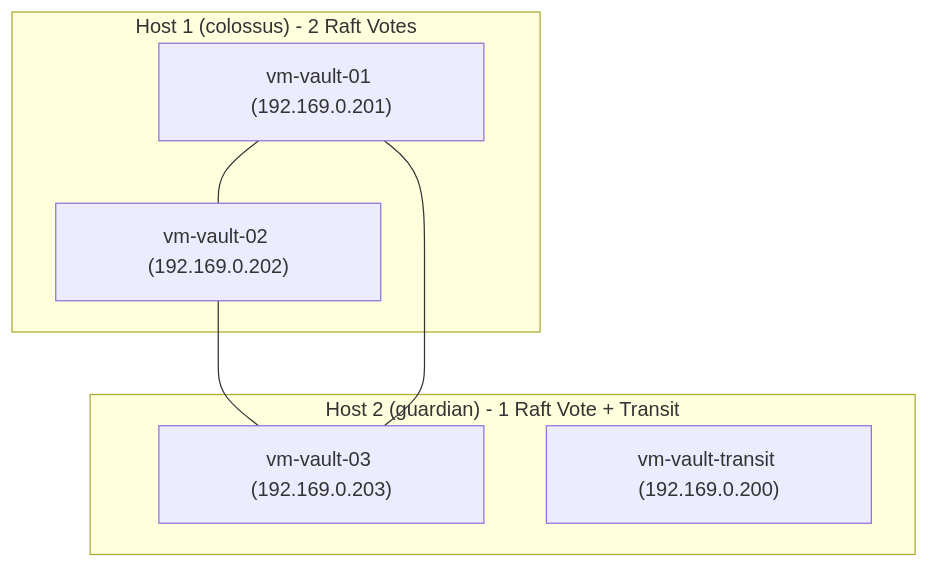
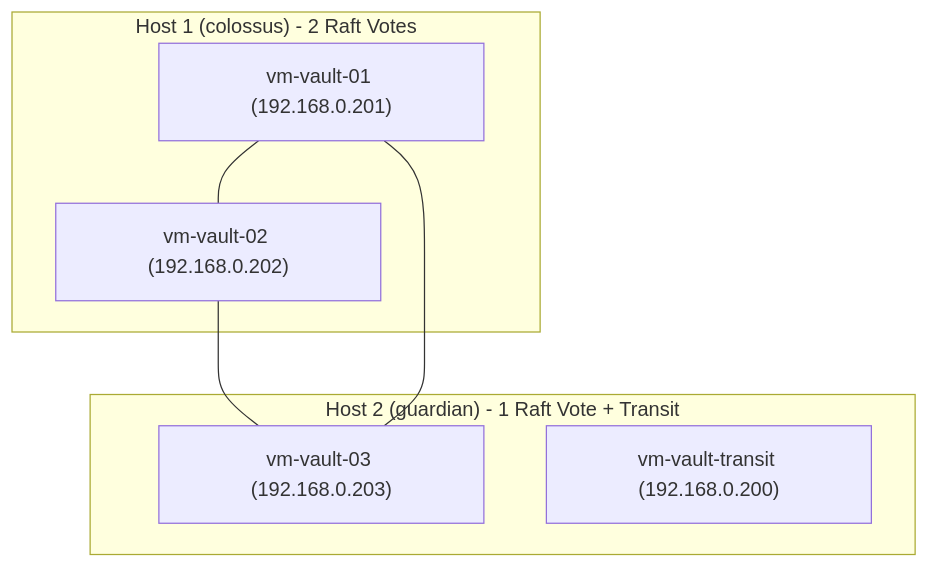
Before and after one commit to antonj-code/vault-bootstrap: the second of 3 diagrams in docs/architecture.md, drawn with Mermaid. The commit also changed other lines of this file and 10 other files, not shown here.

````diff
--- a/docs/architecture.md
+++ b/docs/architecture.md
@@ -66,15 +66,15 @@
 ```mermaid
 graph TD
     subgraph Host1["Host 1 (colossus) - 2 Raft Votes"]
-        n1["vm-vault-01 (192.169.0.201)"]
-        n2["vm-vault-02 (192.169.0.202)"]
+        n1["vm-vault-01 (192.168.0.201)"]
+        n2["vm-vault-02 (192.168.0.202)"]
     end
     subgraph Host2["Host 2 (guardian) - 1 Raft Vote + Transit"]
-        n3["vm-vault-03 (192.169.0.203)"]
-        tr["vm-vault-transit (192.169.0.200)"]
+        n3["vm-vault-03 (192.168.0.203)"]
+        tr["vm-vault-transit (192.168.0.200)"]
     end
 
     n1 --- n2
     n2 --- n3
     n3 --- n1
 ```
````
